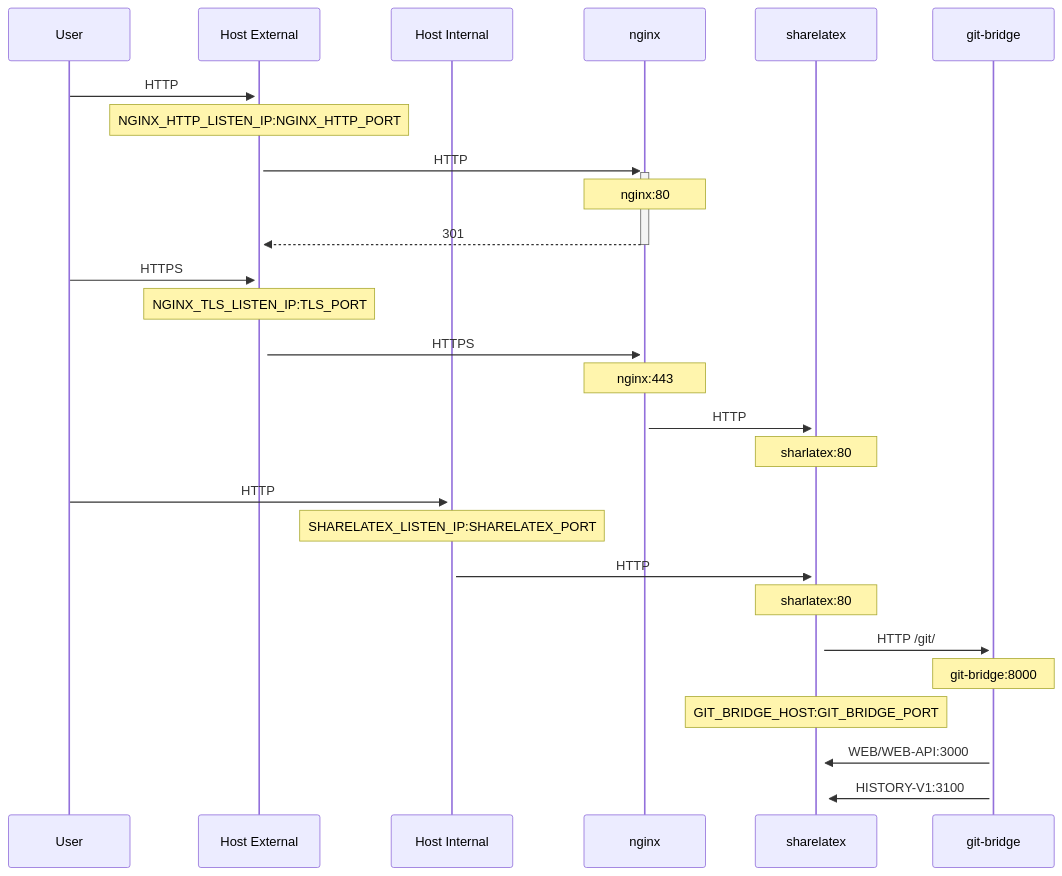
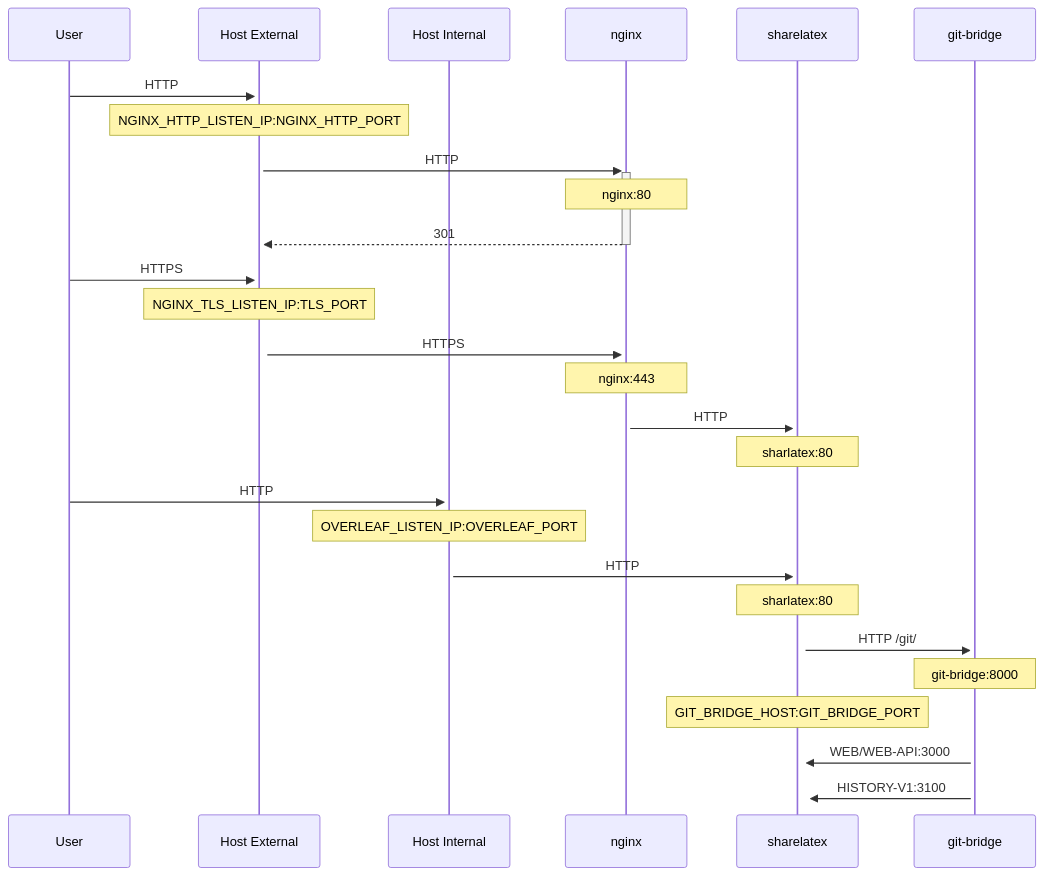
Before and after one commit to mlevans0/overleaf-server-docs: the diagram in docs/configuration/tls-proxy.md, drawn with Mermaid. The commit also changed other lines of this file and 33 other files, not shown here.

Commit message:
Update SHARELATEX_ to OVERLEAF_. Add release notes, full history project migration and horizontal scaling guides

````diff
--- a/docs/configuration/tls-proxy.md
+++ b/docs/configuration/tls-proxy.md
@@ -31,33 +31,33 @@
 ```mermaid
 sequenceDiagram
     participant user as User
     participant external as Host External
     participant internal as Host Internal
     participant nginx as nginx
     participant sharelatex as sharelatex
     participant git-bridge as git-bridge
     %% User connects to external host HTTP
     user->>+ external: HTTP
     note over external: NGINX_HTTP_LISTEN_IP:NGINX_HTTP_PORT
     external->>+ nginx: HTTP
     note over nginx: nginx:80
     nginx-->>-external: 301
     %% User connects to external host HTTPS
     user->>+ external: HTTPS 
     note over external: NGINX_TLS_LISTEN_IP:TLS_PORT
     external->>+ nginx: HTTPS
     note over nginx: nginx:443
     nginx->>+ sharelatex: HTTP
     note over sharelatex: sharlatex:80
     %% User connects to localhost HTTP
     user->>+ internal: HTTP
-    note over internal: SHARELATEX_LISTEN_IP:SHARELATEX_PORT
+    note over internal: OVERLEAF_LISTEN_IP:OVERLEAF_PORT
     internal->>+sharelatex: HTTP
     note over sharelatex: sharlatex:80
     %% sharelatex connects to git-bridge
     sharelatex->>+git-bridge: HTTP /git/
     note over git-bridge: git-bridge:8000
     note over sharelatex: GIT_BRIDGE_HOST:GIT_BRIDGE_PORT
     git-bridge->>+sharelatex: WEB/WEB-API:3000
     git-bridge->>+sharelatex: HISTORY-V1:3100
 ```
````
